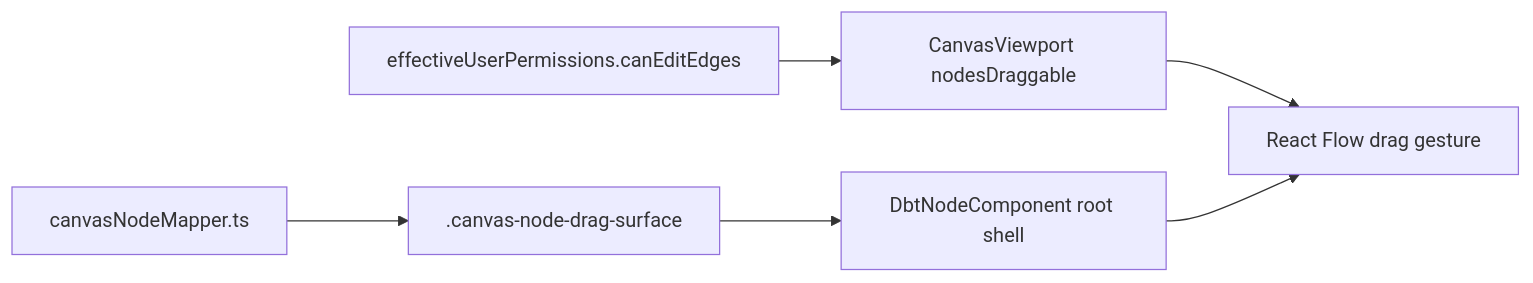
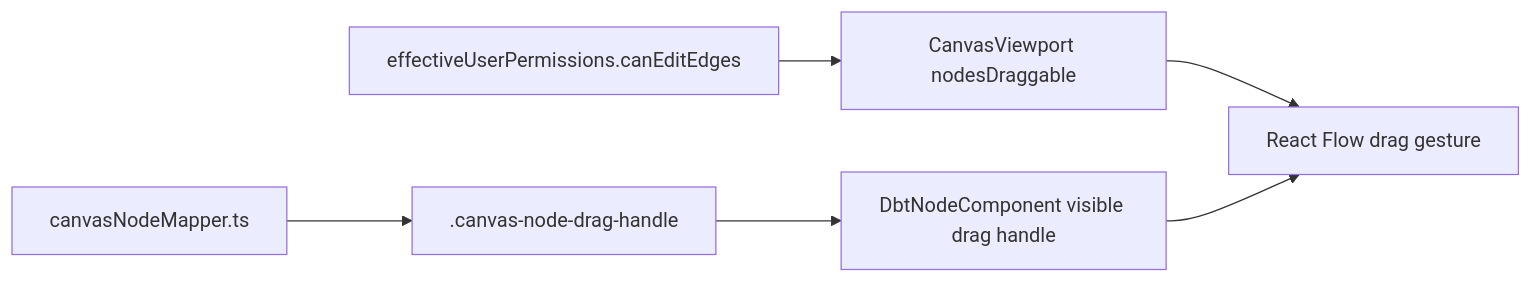
Before and after one commit to dunay2/dvt: the fourth of 7 diagrams in docs/architecture/components/web/graph/canvas-startup-and-draft-recovery-component.md, drawn with Mermaid. The commit also changed 47 other files, not shown here.

````diff
--- a/docs/architecture/components/web/graph/canvas-startup-and-draft-recovery-component.md
+++ b/docs/architecture/components/web/graph/canvas-startup-and-draft-recovery-component.md
@@ -191,8 +191,8 @@
 ```mermaid
 flowchart LR
   Policy["effectiveUserPermissions.canEditEdges"] --> Viewport["CanvasViewport nodesDraggable"]
-  Mapper["canvasNodeMapper.ts"] --> Selector[".canvas-node-drag-surface"]
-  Selector --> NodeShell["DbtNodeComponent root shell"]
+  Mapper["canvasNodeMapper.ts"] --> Selector[".canvas-node-drag-handle"]
+  Selector --> NodeHandle["DbtNodeComponent visible drag handle"]
   Viewport --> Gesture["React Flow drag gesture"]
-  NodeShell --> Gesture
+  NodeHandle --> Gesture
 ```
````
